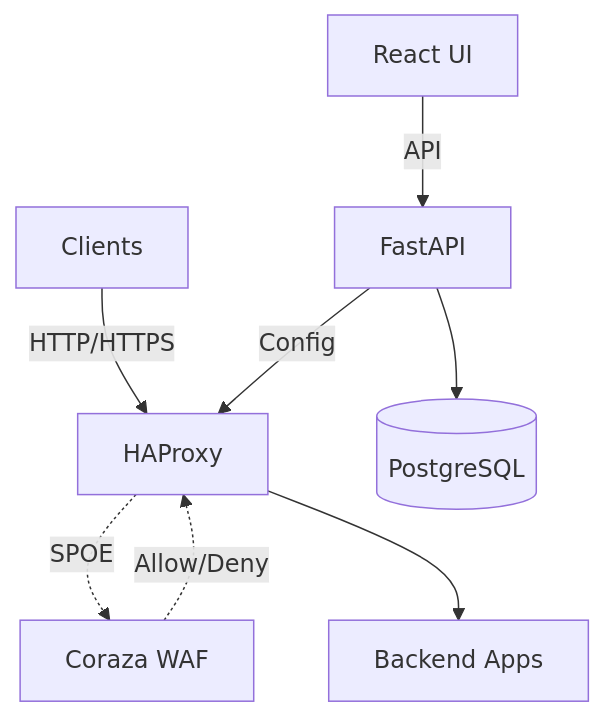
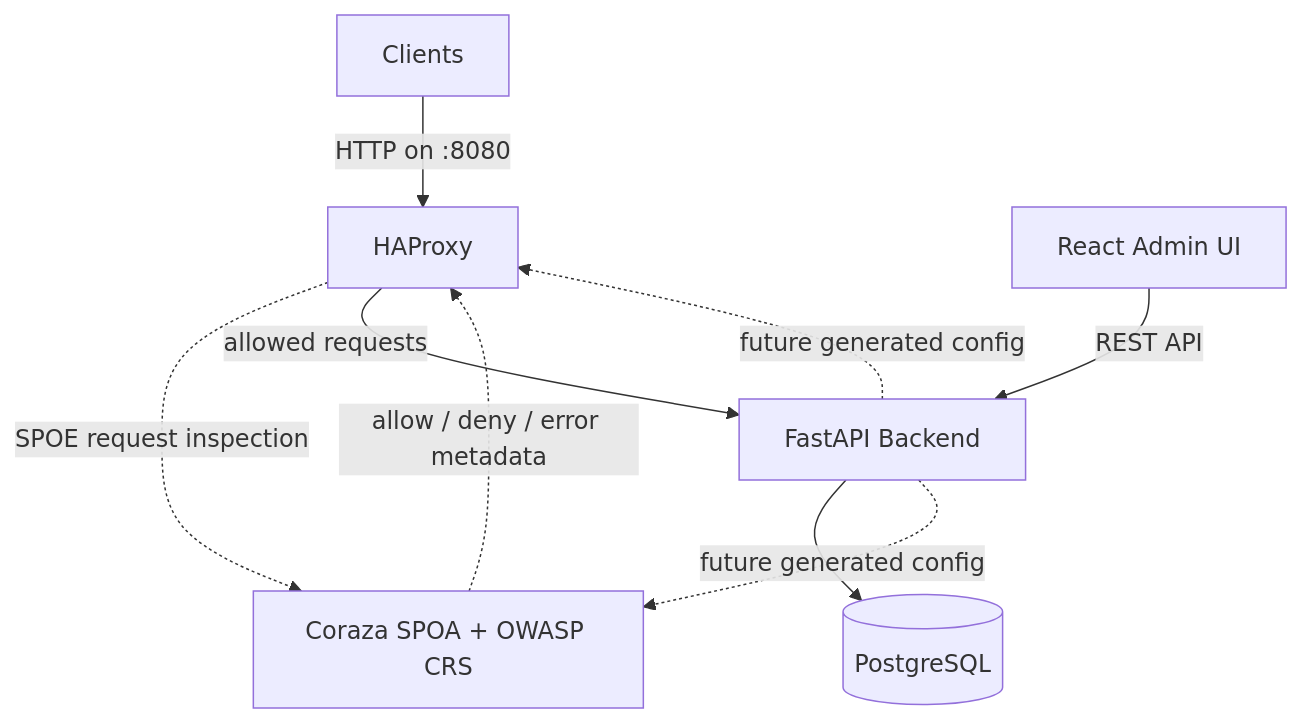
One commit to bihius/guard-proxy changed the first of 2 diagrams in README.architecture.md. Above: the diagram before and after it, drawn with Mermaid. The commit also changed other lines of this file and 5 other files, not shown here.

Commit message:
update docs to match current architecture decisions from M1

````diff
--- a/README.architecture.md
+++ b/README.architecture.md
@@ -5,11 +9,12 @@
 ```mermaid
 graph TB
-    C[Clients] -->|HTTP/HTTPS| H[HAProxy]
-    H -.->|SPOE| CS[Coraza WAF]
-    CS -.->|Allow/Deny| H
-    H --> APP[Backend Apps]
+    C[Clients] -->|HTTP on :8080| H[HAProxy]
+    H -.->|SPOE request inspection| CS[Coraza SPOA + OWASP CRS]
+    CS -.->|allow / deny / error metadata| H
+    H -->|allowed requests| BE[FastAPI Backend]
 
-    FE[React UI] -->|API| BE[FastAPI]
-    BE -->|Config| H
+    FE[React Admin UI] -->|REST API| BE
     BE --> DB[(PostgreSQL)]
+    BE -.->|future generated config| H
+    BE -.->|future generated config| CS
 ```
````
